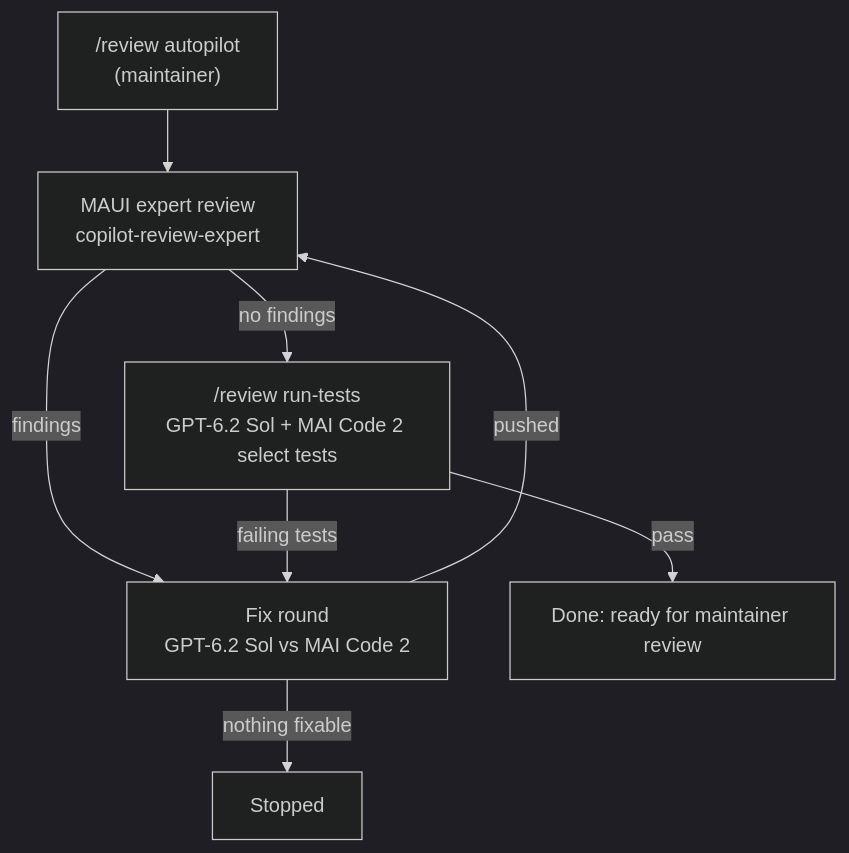
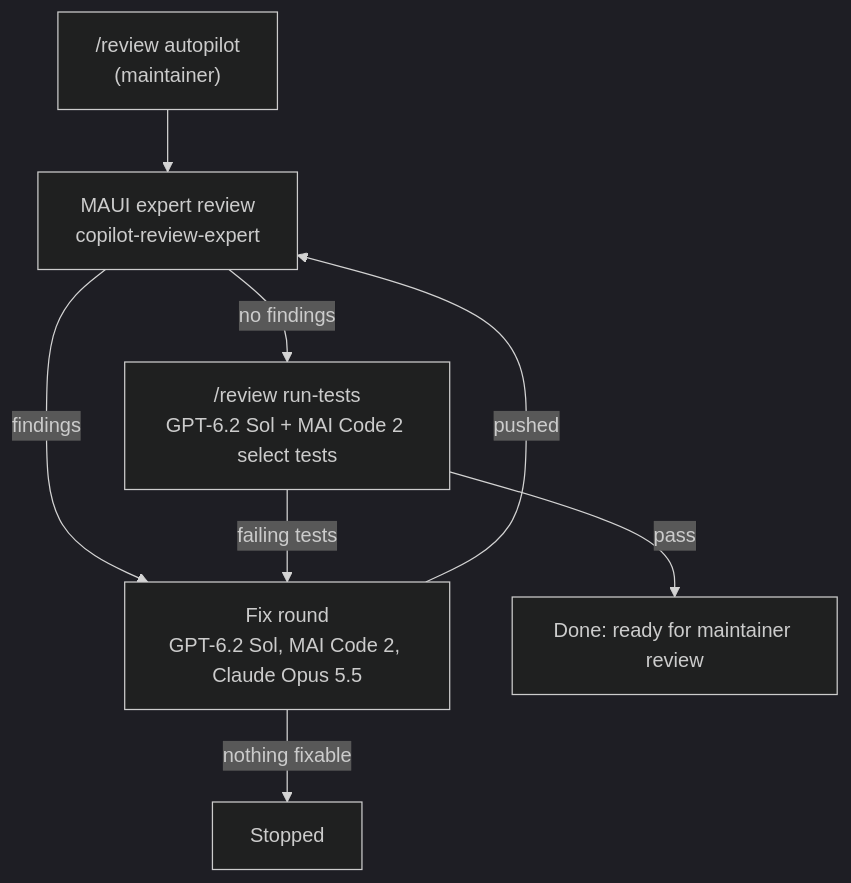
The diagram in .github/docs/maui-expert-autopilot.md (kubaflo/maui), drawn with Mermaid (dark theme) before and after one commit. The commit also changed other lines of this file and 2 other files, not shown here.

Commit message:
sync: three-model adversarial fix round

````diff
--- a/.github/docs/maui-expert-autopilot.md
+++ b/.github/docs/maui-expert-autopilot.md
@@ -18,10 +18,10 @@
 ```mermaid
 flowchart TD
     A["/review autopilot<br/>(maintainer)"] --> R["MAUI expert review<br/>copilot-review-expert"]
-    R -- "findings" --> F["Fix round<br/>GPT-6.2 Sol vs MAI Code 2"]
+    R -- "findings" --> F["Fix round<br/>GPT-6.2 Sol, MAI Code 2, Claude Opus 5.5"]
     F -- "pushed" --> R
     R -- "no findings" --> T["/review run-tests<br/>GPT-6.2 Sol + MAI Code 2 select tests"]
     T -- "failing tests" --> F
     T -- "pass" --> D["Done: ready for maintainer review"]
     F -- "nothing fixable" --> S["Stopped"]
 ```
````
